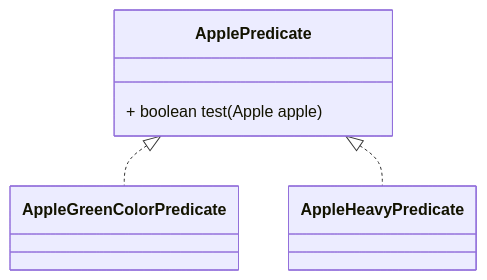
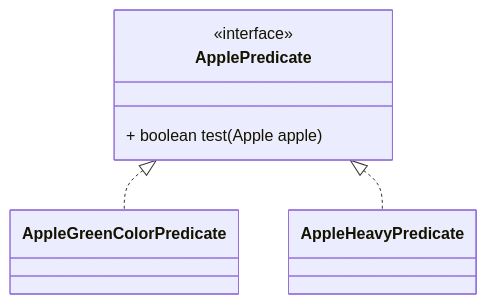
Before and after one commit to HiguitaR/Java_Moderno: the diagram in src/Parte2.md, drawn with Mermaid.

Commit message:
fix class by interface

````diff
--- a/src/Parte2.md
+++ b/src/Parte2.md
@@ -190,14 +190,15 @@
 ```mermaid
 classDiagram
 
     class ApplePredicate {
-      + boolean test(Apple apple)
+        <<interface>>
+        + boolean test(Apple apple)
     }
     
     class AppleGreenColorPredicate
     class AppleHeavyPredicate
     
     ApplePredicate <|.. AppleGreenColorPredicate
     ApplePredicate <|.. AppleHeavyPredicate
     
 ```
````
